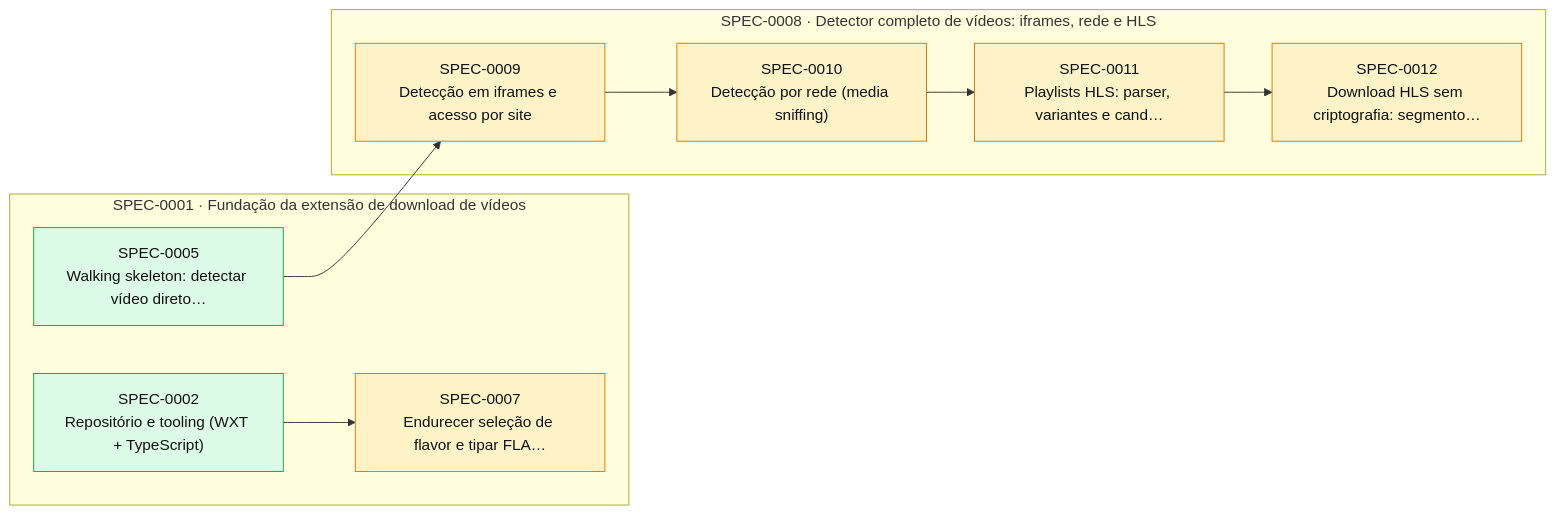
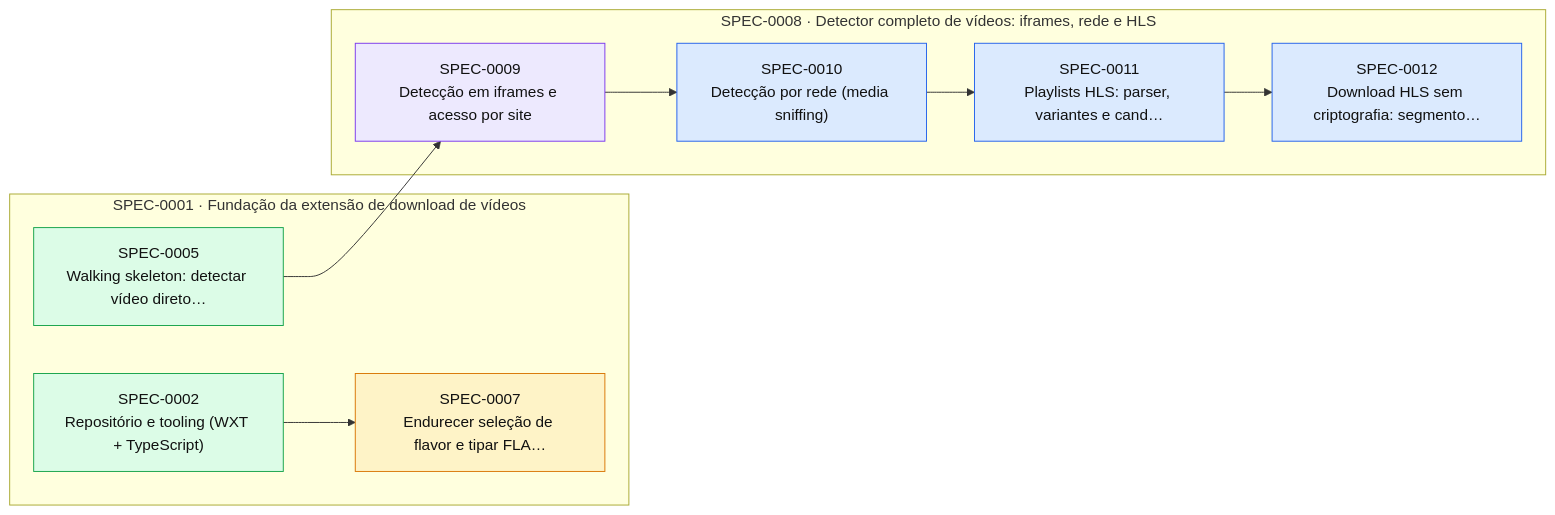
The diagram in docs/specs/INDEX.md (thomasravache/video-downloader), drawn with Mermaid before and after one commit. The commit also changed other lines of this file and 7 other files, not shown here.

````diff
--- a/docs/specs/INDEX.md
+++ b/docs/specs/INDEX.md
@@ -63,24 +63,24 @@
 ```mermaid
 flowchart LR
   subgraph E0001["SPEC-0001 · Fundação da extensão de download de vídeos"]
     S0002["SPEC-0002<br/>Repositório e tooling (WXT + TypeScript)"]:::implemented
     S0005["SPEC-0005<br/>Walking skeleton: detectar vídeo direto…"]:::implemented
     S0007["SPEC-0007<br/>Endurecer seleção de flavor e tipar FLA…"]:::proposed
   end
   subgraph E0008["SPEC-0008 · Detector completo de vídeos: iframes, rede e HLS"]
-    S0009["SPEC-0009<br/>Detecção em iframes e acesso por site"]:::proposed
-    S0010["SPEC-0010<br/>Detecção por rede (media sniffing)"]:::proposed
-    S0011["SPEC-0011<br/>Playlists HLS: parser, variantes e cand…"]:::proposed
-    S0012["SPEC-0012<br/>Download HLS sem criptografia: segmento…"]:::proposed
+    S0009["SPEC-0009<br/>Detecção em iframes e acesso por site"]:::inprogress
+    S0010["SPEC-0010<br/>Detecção por rede (media sniffing)"]:::approved
+    S0011["SPEC-0011<br/>Playlists HLS: parser, variantes e cand…"]:::approved
+    S0012["SPEC-0012<br/>Download HLS sem criptografia: segmento…"]:::approved
   end
   S0002 --> S0007
   S0005 --> S0009
   S0009 --> S0010
   S0010 --> S0011
   S0011 --> S0012
   classDef proposed fill:#fef3c7,stroke:#d97706,color:#111
   classDef approved fill:#dbeafe,stroke:#2563eb,color:#111
   classDef inprogress fill:#ede9fe,stroke:#7c3aed,color:#111
   classDef implemented fill:#dcfce7,stroke:#16a34a,color:#111
   classDef deprecated fill:#f3f4f6,stroke:#9ca3af,color:#6b7280
 ```
````
